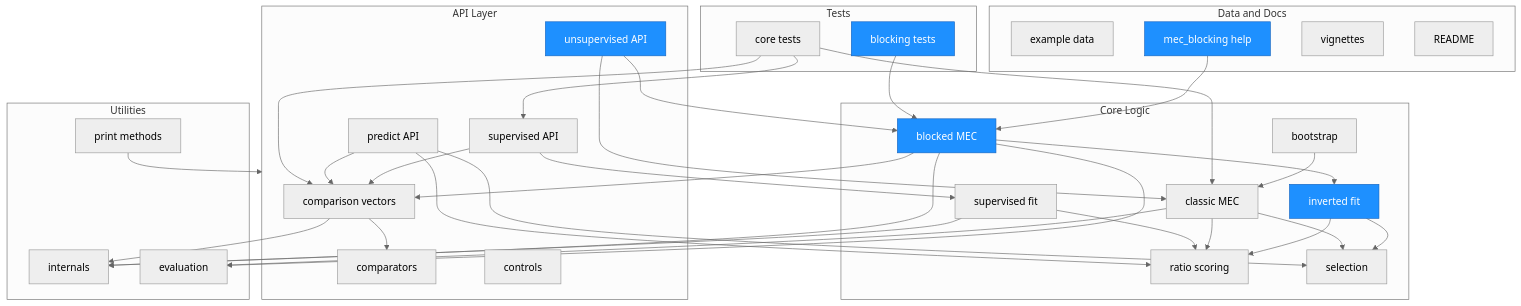
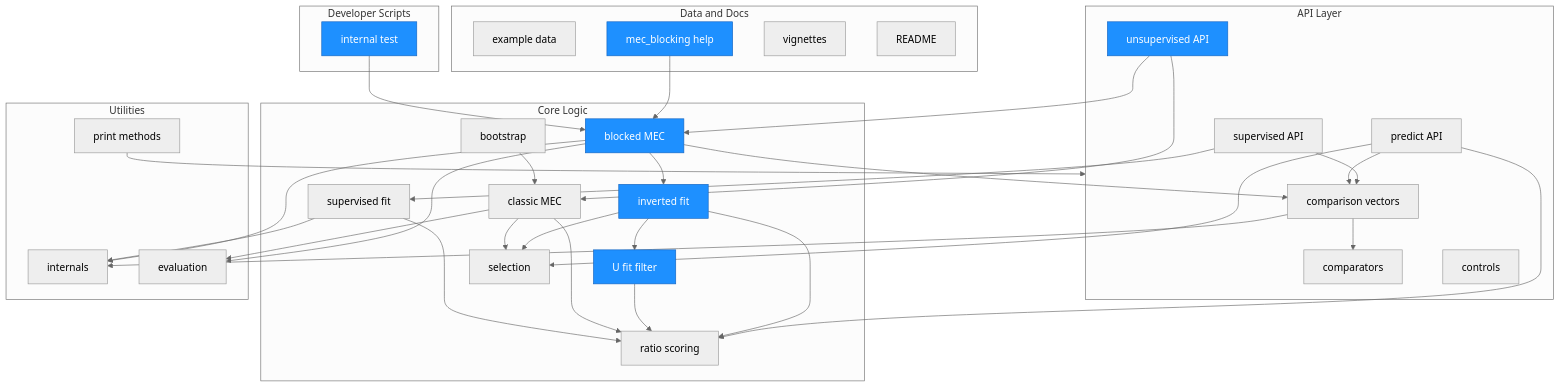
One commit to ncn-foreigners/automatedRecLin changed the first of 3 diagrams in ARCHITECTURE.md. Above: the diagram before and after it, drawn with Mermaid. The commit also changed other lines of this file and 7 other files, not shown here.

````diff
--- a/ARCHITECTURE.md
+++ b/ARCHITECTURE.md
@@ -13,74 +15,74 @@
 ```mermaid
 %%{init: {'theme': 'neutral'}}%%
 graph TD
     subgraph API["API Layer"]
         CV["comparison vectors"]
         CMP["comparators"]
         SUP["supervised API"]
         UNS["unsupervised API"]
         PRED["predict API"]
         CTRL["controls"]
     end
 
     subgraph Core["Core Logic"]
         MEC["classic MEC"]
         BLOC["blocked MEC"]
+        UFIT["U fit filter"]
         INV["inverted fit"]
         FIT["supervised fit"]
         SCORE["ratio scoring"]
         SEL["selection"]
         BOOT["bootstrap"]
     end
 
     subgraph Utils["Utilities"]
         INT["internals"]
         EVAL["evaluation"]
         METH["print methods"]
     end
 
     subgraph DataDocs["Data and Docs"]
         DATA["example data"]
         HELP["mec_blocking help"]
         VIG["vignettes"]
         README["README"]
     end
 
-    subgraph Tests["Tests"]
-        TBLK["blocking tests"]
-        TCORE["core tests"]
+    subgraph DevTools["Developer Scripts"]
+        ITEST["internal test"]
     end
 
     SUP --> CV
     SUP --> FIT
     UNS --> MEC
     UNS --> BLOC
     PRED --> CV
     PRED --> SCORE
     PRED --> SEL
     BLOC --> CV
     BLOC --> INV
     BLOC --> EVAL
     BLOC --> INT
+    INV --> UFIT
     INV --> SCORE
     INV --> SEL
+    UFIT --> SCORE
     MEC --> SCORE
     MEC --> SEL
     MEC --> EVAL
     FIT --> SCORE
     FIT --> INT
     BOOT --> MEC
     CV --> CMP
     CV --> INT
     METH --> API
     HELP --> BLOC
-    TBLK --> BLOC
-    TCORE --> MEC
-    TCORE --> SUP
-    TCORE --> CV
+    ITEST --> BLOC
 
     style UNS fill:#1e90ff,stroke:#1565c0,color:#fff
     style BLOC fill:#1e90ff,stroke:#1565c0,color:#fff
     style INV fill:#1e90ff,stroke:#1565c0,color:#fff
+    style UFIT fill:#1e90ff,stroke:#1565c0,color:#fff
     style HELP fill:#1e90ff,stroke:#1565c0,color:#fff
-    style TBLK fill:#1e90ff,stroke:#1565c0,color:#fff
+    style ITEST fill:#1e90ff,stroke:#1565c0,color:#fff
 ```
````
